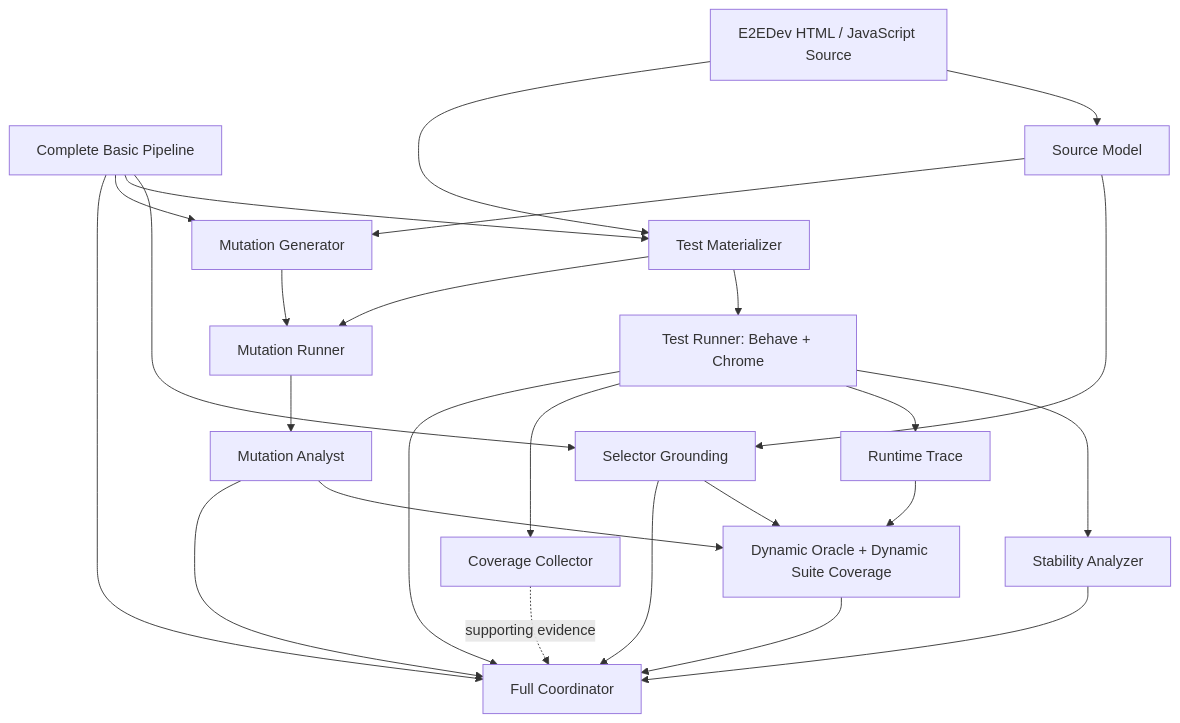
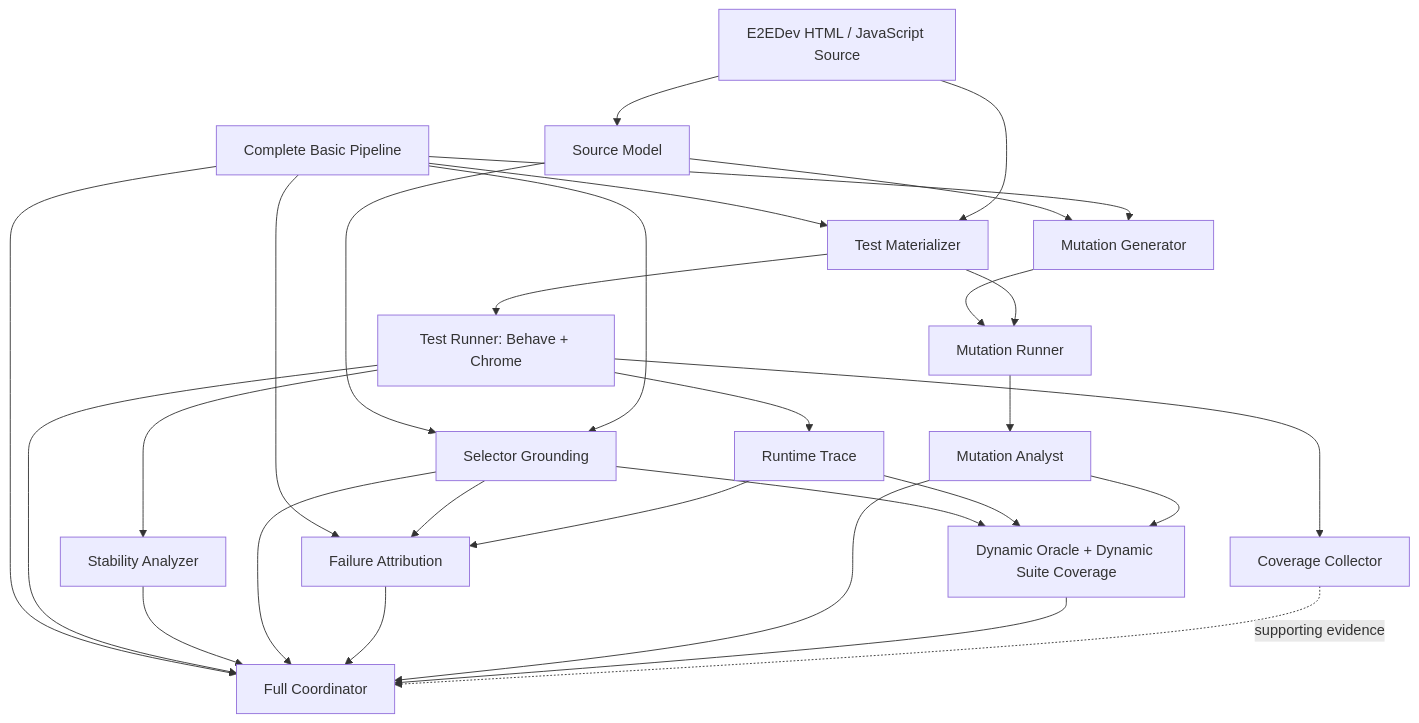
One commit to Archerui/test_evaluator changed the second of 2 diagrams in README.md. Above: the diagram before and after it, drawn with Mermaid. The commit also changed other lines of this file and 2051 other files, not shown here.

````diff
--- a/README.md
+++ b/README.md
@@ -409,34 +413,38 @@
 ```mermaid
 flowchart TD
     BASIC[Complete Basic Pipeline]
     SRC[E2EDev HTML / JavaScript Source]
 
     SRC --> MODEL[Source Model]
     MODEL --> GROUND[Selector Grounding]
     BASIC --> GROUND
 
     BASIC --> MAT[Test Materializer]
     SRC --> MAT
     MAT --> RUN[Test Runner: Behave + Chrome]
     RUN --> STAB[Stability Analyzer]
     RUN --> TRACE[Runtime Trace]
     RUN --> COV[Coverage Collector]
+    BASIC --> ATTR[Failure Attribution]
+    GROUND --> ATTR
+    TRACE --> ATTR
 
     MODEL --> MGEN[Mutation Generator]
     BASIC --> MGEN
     MGEN --> MRUN[Mutation Runner]
     MAT --> MRUN
     MRUN --> MAN[Mutation Analyst]
 
     GROUND --> DYN[Dynamic Oracle + Dynamic Suite Coverage]
     TRACE --> DYN
     MAN --> DYN
 
     BASIC --> FULL[Full Coordinator]
     RUN --> FULL
     STAB --> FULL
     GROUND --> FULL
+    ATTR --> FULL
     MAN --> FULL
     DYN --> FULL
     COV -. supporting evidence .-> FULL
 ```
````
